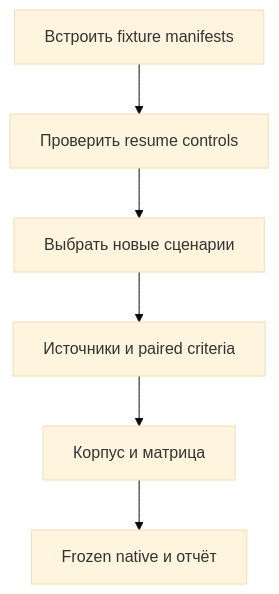
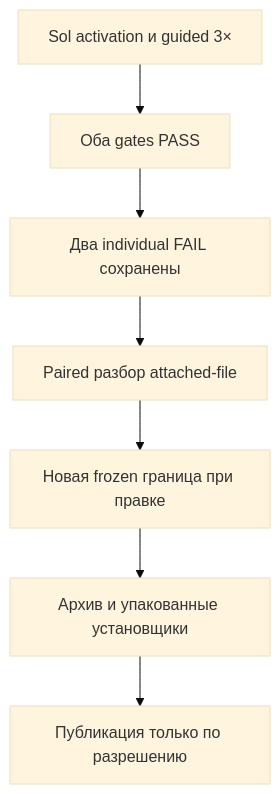
The diagram in plans/bsp-development-after-v0.13.md (brake71/1c-ssl-skills), drawn with Mermaid (base theme) before and after one commit. The commit also changed other lines of this file and 26 other files, not shown here.

````diff
--- a/plans/bsp-development-after-v0.13.md
+++ b/plans/bsp-development-after-v0.13.md
@@ -89,8 +126,9 @@
 ```mermaid
 flowchart TD
-    A[Встроить fixture manifests] --> B[Проверить resume controls]
-    B --> C[Выбрать новые сценарии]
-    C --> D[Источники и paired criteria]
-    D --> E[Корпус и матрица]
-    E --> F[Frozen native и отчёт]
+    A[Sol activation и guided 3×] --> B[Оба gates PASS]
+    B --> C[Два individual FAIL сохранены]
+    C --> D[Paired разбор attached-file]
+    D --> E[Новая frozen граница при правке]
+    E --> F[Архив и упакованные установщики]
+    F --> G[Публикация только по разрешению]
 ```
````
